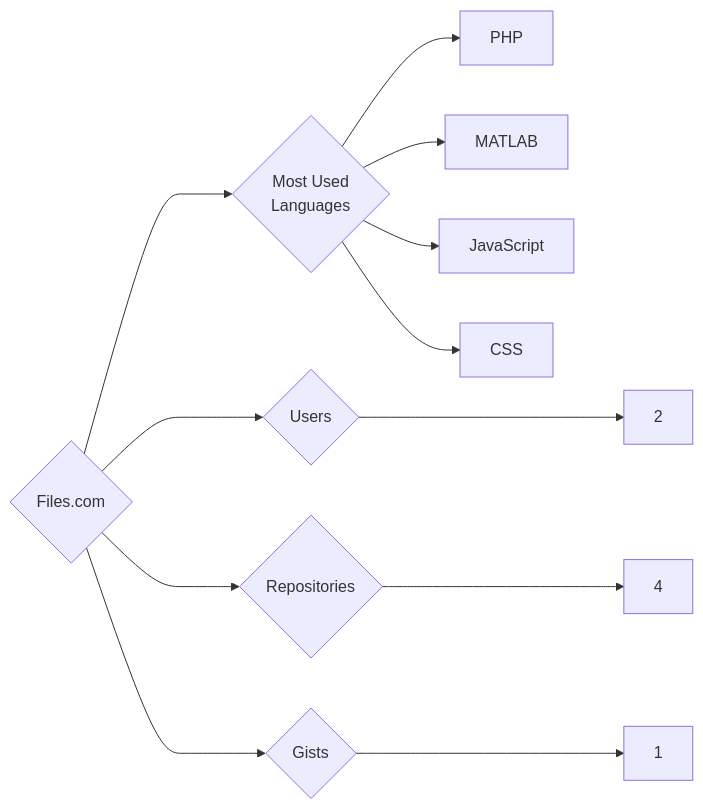
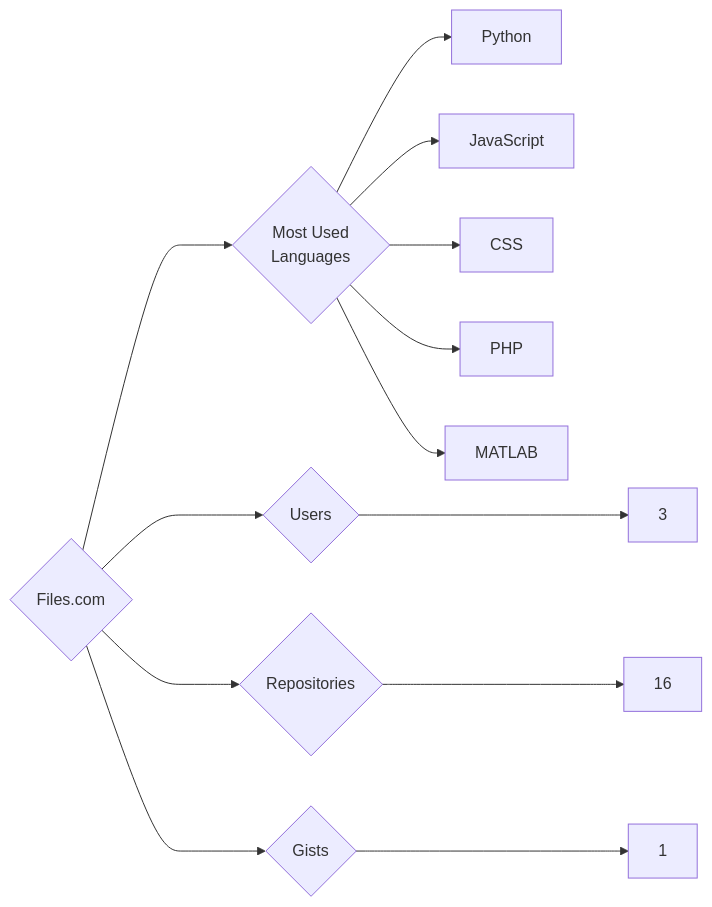
One commit to trickest/insiders changed the diagram in targets/Files.com/README.md. Above: the diagram before and after it, drawn with Mermaid. The commit also changed 870 other files, not shown here.

````diff
--- a/targets/Files.com/README.md
+++ b/targets/Files.com/README.md
@@ -3,12 +3,13 @@
 ```mermaid
 graph LR
 COMPANY_NAME{Files.com}
-COMPANY_NAME ---> U{Users} ---> UN[2]
-COMPANY_NAME ---> R{Repositories} ---> RN[4]
+COMPANY_NAME ---> U{Users} ---> UN[3]
+COMPANY_NAME ---> R{Repositories} ---> RN[16]
 COMPANY_NAME ---> G{Gists} ---> GN[1]
 COMPANY_NAME ---> ML{Most Used<br>Languages}
+ML --> Python[Python]
+ML --> JavaScript[JavaScript]
+ML --> CSS[CSS]
 ML --> PHP[PHP]
 ML --> MATLAB[MATLAB]
-ML --> JavaScript[JavaScript]
-ML --> CSS[CSS]
 ```
````
